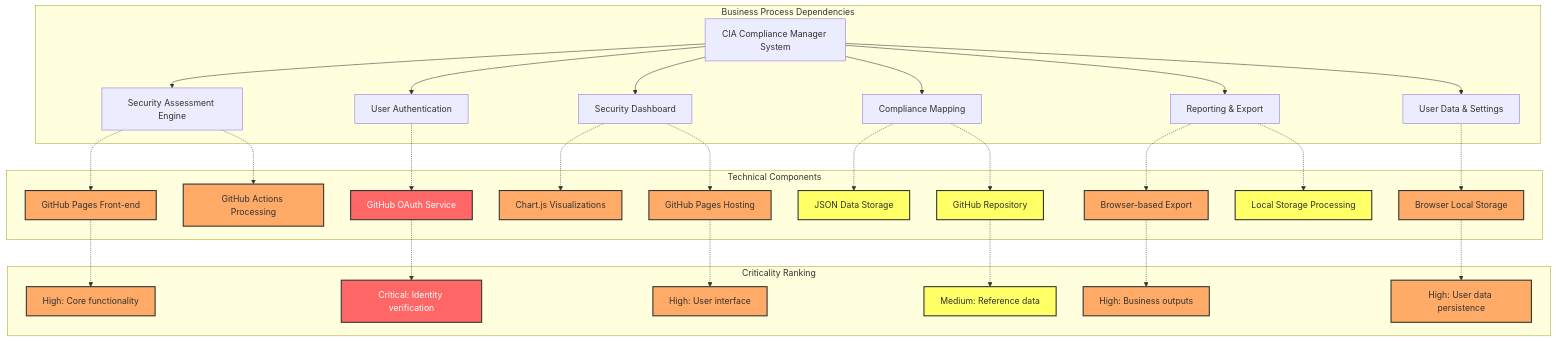
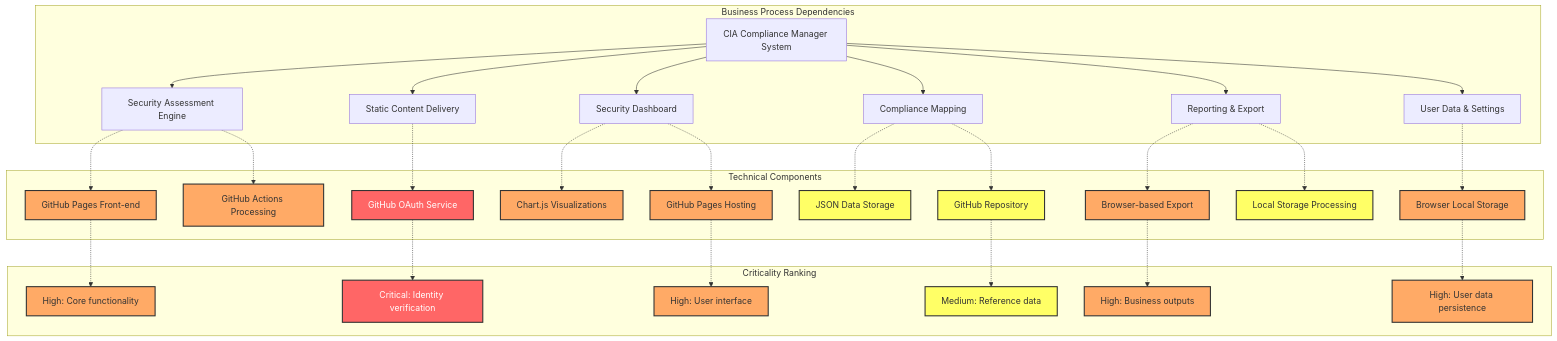
One commit to Hack23/cia-compliance-manager changed the second of 33 diagrams in docs/architecture/BCPPlan.md. Above: the diagram before and after it, drawn with Mermaid. The commit also changed other lines of this file and 6 other files, not shown here.

First line of the commit message:
docs: align architecture docs with Hack23 ISMS-PUBLIC standards (#942)

````diff
--- a/docs/architecture/BCPPlan.md
+++ b/docs/architecture/BCPPlan.md
@@ -71,41 +134,41 @@
 ```mermaid
 graph TB
     subgraph "Business Process Dependencies"
         A[CIA Compliance Manager System] --> B[Security Assessment Engine]
-        A --> C[User Authentication]
+        A --> C[Static Content Delivery]
         A --> D[Security Dashboard]
         A --> E[Compliance Mapping]
         A --> F[Reporting & Export]
         A --> G[User Data & Settings]
     end
 
     subgraph "Technical Components"
         B -.-> B1[GitHub Pages Front-end]
         B -.-> B2[GitHub Actions Processing]
         C -.-> C1[GitHub OAuth Service]
         D -.-> D1[Chart.js Visualizations]
         D -.-> D2[GitHub Pages Hosting]
         E -.-> E1[JSON Data Storage]
         E -.-> E2[GitHub Repository]
         F -.-> F1[Browser-based Export]
         F -.-> F2[Local Storage Processing]
         G -.-> G1[Browser Local Storage]
     end
 
     subgraph "Criticality Ranking"
         B1 -.-> CR1[High: Core functionality]
         C1 -.-> CR2[Critical: Identity verification]
         D2 -.-> CR3[High: User interface]
         E2 -.-> CR4[Medium: Reference data]
         F1 -.-> CR5[High: Business outputs]
         G1 -.-> CR6[High: User data persistence]
     end
 
     classDef critical fill:#ff6666,stroke:#333,stroke-width:2px,color:white;
     classDef high fill:#ffaa66,stroke:#333,stroke-width:2px;
     classDef medium fill:#ffff66,stroke:#333,stroke-width:2px;
 
     class C1,CR2 critical;
     class B1,B2,D1,D2,F1,G1,CR1,CR3,CR5,CR6 high;
     class E1,E2,F2,CR4 medium;
 ```
````
